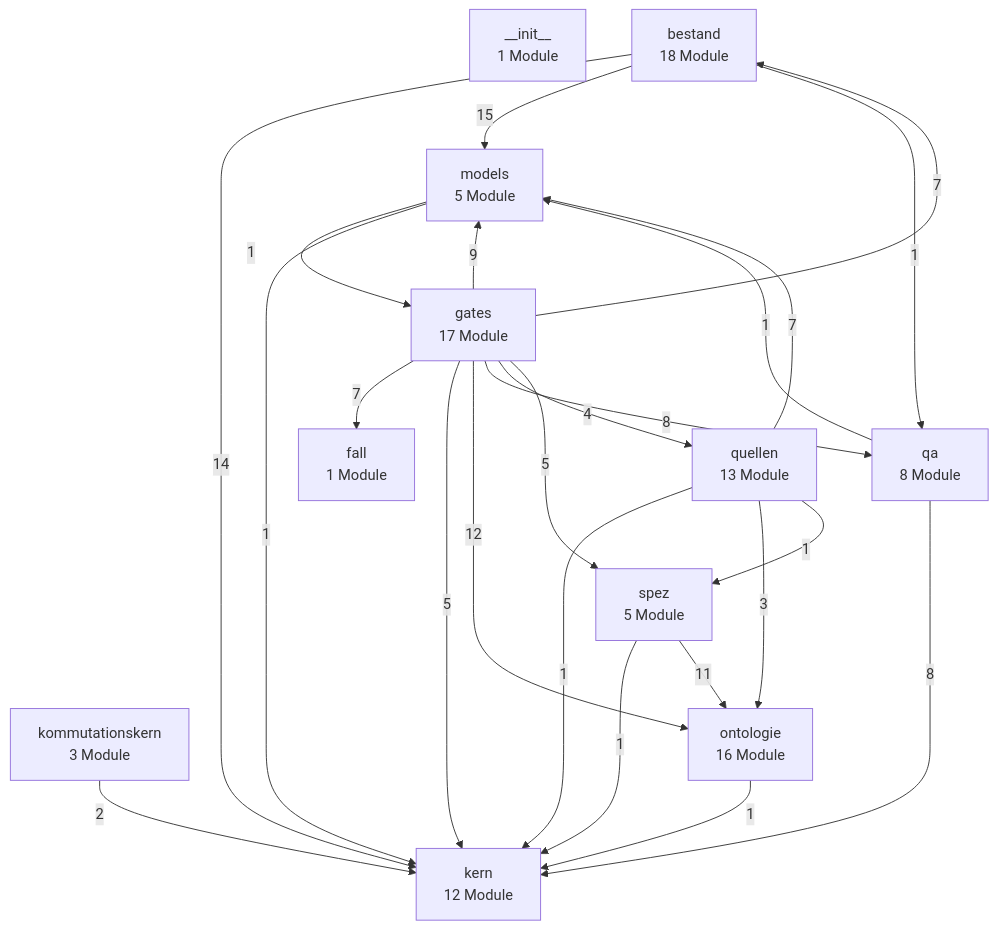
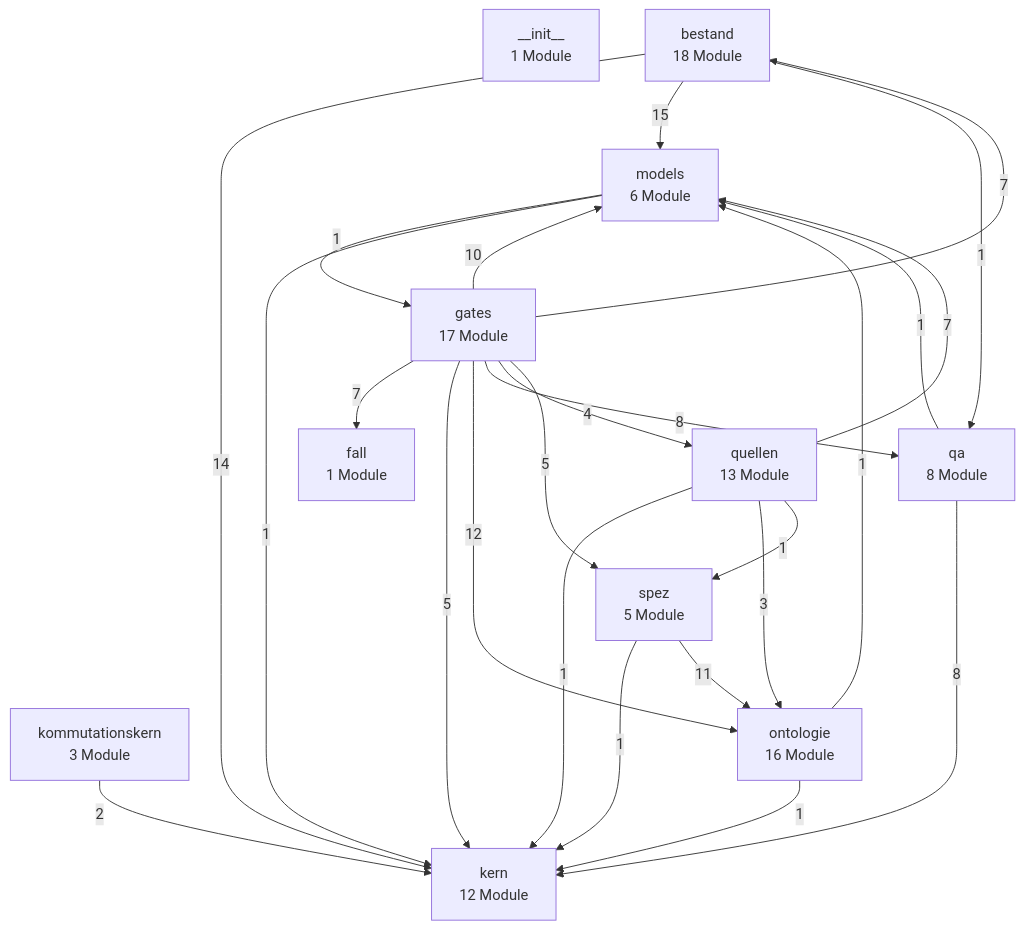
The first of 3 diagrams in docs/architektur/landkarte.md (bartlmac/rechner-pipeline), drawn with Mermaid before and after one commit. The commit also changed other lines of this file and 7 other files, not shown here.

````diff
--- a/docs/architektur/landkarte.md
+++ b/docs/architektur/landkarte.md
@@ -27,38 +27,39 @@
 ```mermaid
 %% Schichten — erzeugt von ontologie.landkarte
 flowchart TD
     n__init__["__init__<br/>1 Module"]
     bestand["bestand<br/>18 Module"]
     fall["fall<br/>1 Module"]
     gates["gates<br/>17 Module"]
     kern["kern<br/>12 Module"]
     kommutationskern["kommutationskern<br/>3 Module"]
-    models["models<br/>5 Module"]
+    models["models<br/>6 Module"]
     ontologie["ontologie<br/>16 Module"]
     qa["qa<br/>8 Module"]
     quellen["quellen<br/>13 Module"]
     spez["spez<br/>5 Module"]
     bestand -- 14 --> kern
     bestand -- 15 --> models
     bestand -- 1 --> qa
     gates -- 7 --> bestand
     gates -- 7 --> fall
     gates -- 5 --> kern
-    gates -- 9 --> models
+    gates -- 10 --> models
     gates -- 12 --> ontologie
     gates -- 8 --> qa
     gates -- 4 --> quellen
     gates -- 5 --> spez
     kommutationskern -- 2 --> kern
     models -- 1 --> gates
     models -- 1 --> kern
     ontologie -- 1 --> kern
+    ontologie -- 1 --> models
     qa -- 8 --> kern
     qa -- 1 --> models
     quellen -- 1 --> kern
     quellen -- 7 --> models
     quellen -- 3 --> ontologie
     quellen -- 1 --> spez
     spez -- 1 --> kern
     spez -- 11 --> ontologie
 ```
````
